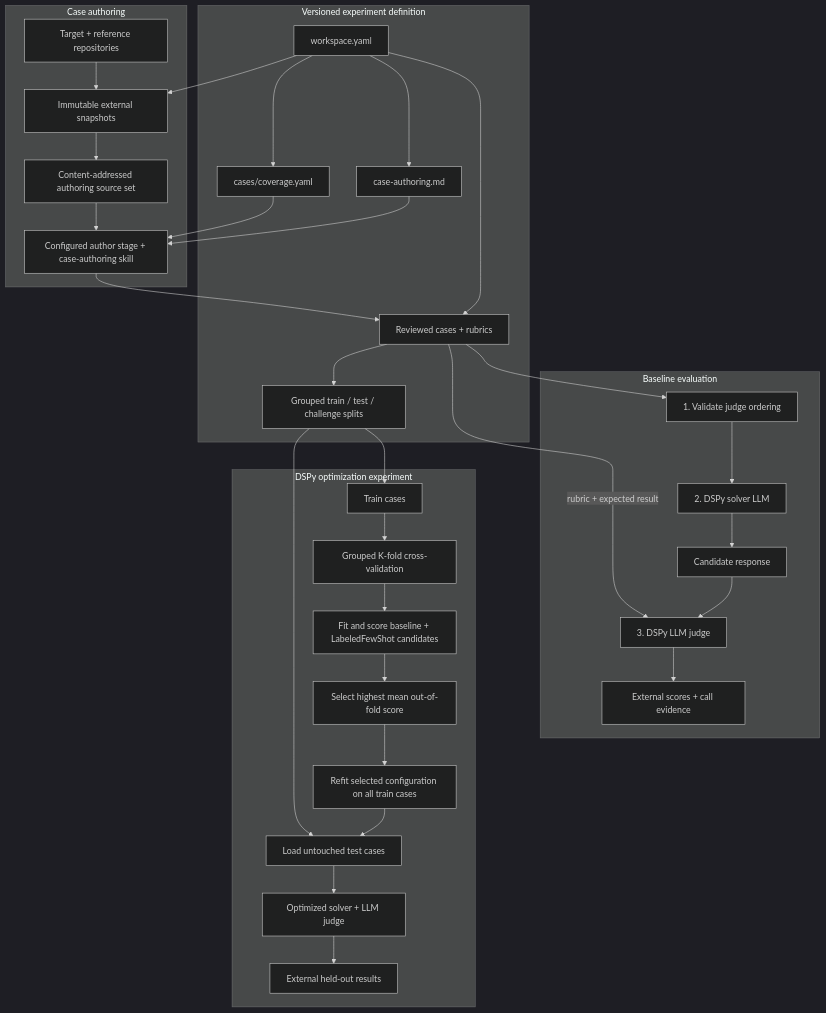
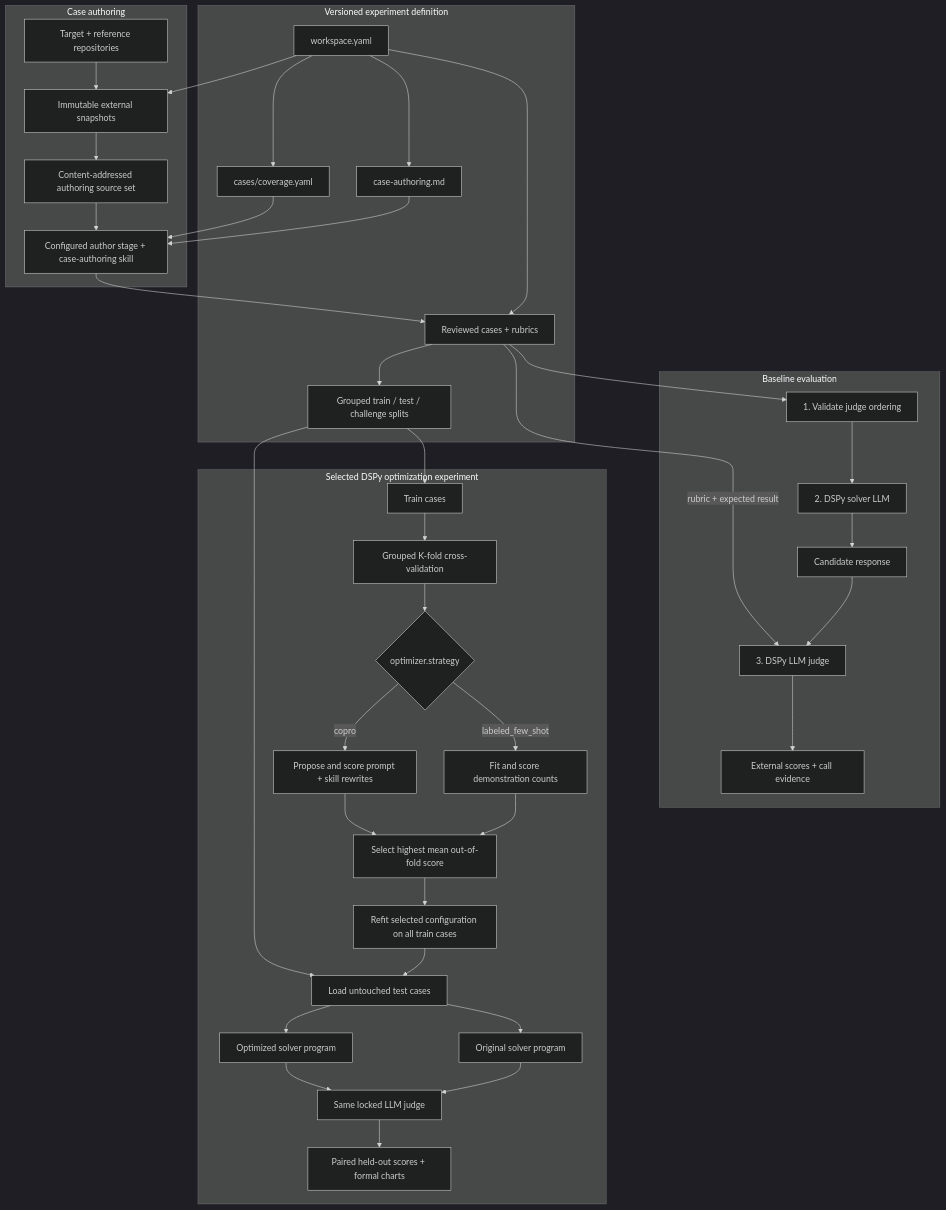
The diagram in README.md (mainsequence-sdk/repo-agent-eval), drawn with Mermaid (dark theme) before and after one commit. The commit also changed other lines of this file and 558 other files, not shown here.

````diff
--- a/README.md
+++ b/README.md
@@ -38,45 +41,51 @@
 ```mermaid
 flowchart TB
     subgraph Definition["Versioned experiment definition"]
         Workspace["workspace.yaml"]
         AuthoringPolicy["case-authoring.md"]
         CapabilityCatalog["cases/coverage.yaml"]
         Cases["Reviewed cases + rubrics"]
         Splits["Grouped train / test / challenge splits"]
         Workspace --> AuthoringPolicy
         Workspace --> CapabilityCatalog
         Workspace --> Cases
         Cases --> Splits
     end
 
     subgraph Authoring["Case authoring"]
         Repo["Target + reference repositories"] --> Snapshot["Immutable external snapshots"]
         Workspace --> Snapshot
         Snapshot --> SourceSet["Content-addressed authoring source set"]
         SourceSet --> Author["Configured author stage + case-authoring skill"]
         AuthoringPolicy --> Author
         CapabilityCatalog --> Author
         Author --> Cases
     end
 
     subgraph Baseline["Baseline evaluation"]
         Cases --> JudgeValidation["1. Validate judge ordering"]
         JudgeValidation --> Solver["2. DSPy solver LLM"]
         Solver --> Candidate["Candidate response"]
         Candidate --> Judge["3. DSPy LLM judge"]
         Cases -->|"rubric + expected result"| Judge
         Judge --> BaselineResults["External scores + call evidence"]
     end
 
-    subgraph Optimization["DSPy optimization experiment"]
+    subgraph Optimization["Selected DSPy optimization experiment"]
         Splits --> Train["Train cases"]
         Train --> Folds["Grouped K-fold cross-validation"]
-        Folds --> Candidates["Fit and score baseline + LabeledFewShot candidates"]
-        Candidates --> Select["Select highest mean out-of-fold score"]
+        Folds --> Strategy{"optimizer.strategy"}
+        Strategy -->|"labeled_few_shot"| Demos["Fit and score demonstration counts"]
+        Strategy -->|"copro"| Rewrite["Propose and score prompt + skill rewrites"]
+        Demos --> Select["Select highest mean out-of-fold score"]
+        Rewrite --> Select
         Select --> Refit["Refit selected configuration on all train cases"]
         Refit --> Test["Load untouched test cases"]
         Splits --> Test
-        Test --> Final["Optimized solver + LLM judge"]
-        Final --> OptimizedResults["External held-out results"]
+        Test --> Original["Original solver program"]
+        Test --> Final["Optimized solver program"]
+        Original --> JudgeBoth["Same locked LLM judge"]
+        Final --> JudgeBoth
+        JudgeBoth --> OptimizedResults["Paired held-out scores + formal charts"]
     end
 ```
````
